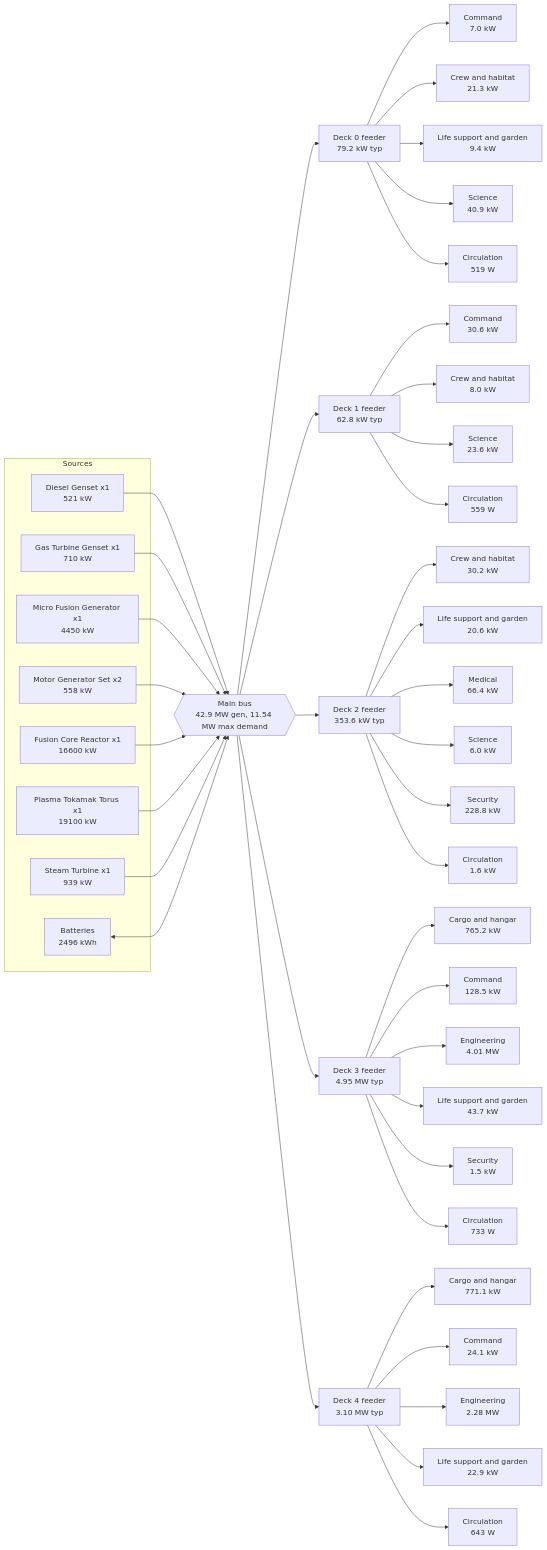
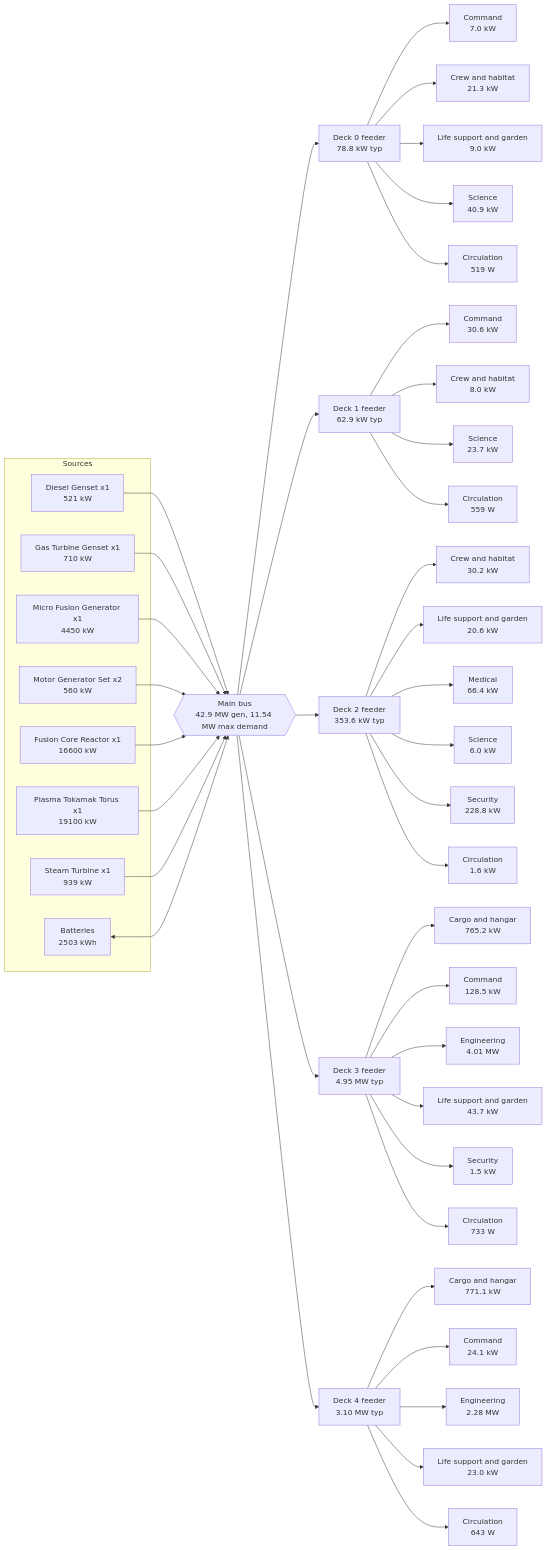
One commit to jgyy/starshipgo changed the diagram in docs/SHIP_SPEC.md. Above: the diagram before and after it, drawn with Mermaid. The commit also changed other lines of this file and 1018 other files, not shown here.

````diff
--- a/docs/SHIP_SPEC.md
+++ b/docs/SHIP_SPEC.md
@@ -229,53 +229,53 @@
 ```mermaid
 flowchart LR
     subgraph SRC[Sources]
         G0["Diesel Genset x1<br/>521 kW"]
         G1["Gas Turbine Genset x1<br/>710 kW"]
         G2["Micro Fusion Generator x1<br/>4450 kW"]
-        G3["Motor Generator Set x2<br/>558 kW"]
+        G3["Motor Generator Set x2<br/>560 kW"]
         G4["Fusion Core Reactor x1<br/>16600 kW"]
         G5["Plasma Tokamak Torus x1<br/>19100 kW"]
         G6["Steam Turbine x1<br/>939 kW"]
-        B0["Batteries<br/>2496 kWh"]
+        B0["Batteries<br/>2503 kWh"]
     end
     BUS{{"Main bus<br/>42.9 MW gen, 11.54 MW max demand"}}
     G0 --> BUS
     G1 --> BUS
     G2 --> BUS
     G3 --> BUS
     G4 --> BUS
     G5 --> BUS
     G6 --> BUS
     B0 <--> BUS
-    BUS --> D0["Deck 0 feeder<br/>79.2 kW typ"]
+    BUS --> D0["Deck 0 feeder<br/>78.8 kW typ"]
     D0 --> D0_command["Command<br/>7.0 kW"]
     D0 --> D0_crew["Crew and habitat<br/>21.3 kW"]
-    D0 --> D0_life["Life support and garden<br/>9.4 kW"]
+    D0 --> D0_life["Life support and garden<br/>9.0 kW"]
     D0 --> D0_science["Science<br/>40.9 kW"]
     D0 --> D0_transit["Circulation<br/>519 W"]
-    BUS --> D1["Deck 1 feeder<br/>62.8 kW typ"]
+    BUS --> D1["Deck 1 feeder<br/>62.9 kW typ"]
     D1 --> D1_command["Command<br/>30.6 kW"]
     D1 --> D1_crew["Crew and habitat<br/>8.0 kW"]
-    D1 --> D1_science["Science<br/>23.6 kW"]
+    D1 --> D1_science["Science<br/>23.7 kW"]
     D1 --> D1_transit["Circulation<br/>559 W"]
     BUS --> D2["Deck 2 feeder<br/>353.6 kW typ"]
     D2 --> D2_crew["Crew and habitat<br/>30.2 kW"]
     D2 --> D2_life["Life support and garden<br/>20.6 kW"]
     D2 --> D2_medical["Medical<br/>66.4 kW"]
     D2 --> D2_science["Science<br/>6.0 kW"]
     D2 --> D2_security["Security<br/>228.8 kW"]
     D2 --> D2_transit["Circulation<br/>1.6 kW"]
     BUS --> D3["Deck 3 feeder<br/>4.95 MW typ"]
     D3 --> D3_cargo["Cargo and hangar<br/>765.2 kW"]
     D3 --> D3_command["Command<br/>128.5 kW"]
     D3 --> D3_engineering["Engineering<br/>4.01 MW"]
     D3 --> D3_life["Life support and garden<br/>43.7 kW"]
     D3 --> D3_security["Security<br/>1.5 kW"]
     D3 --> D3_transit["Circulation<br/>733 W"]
     BUS --> D4["Deck 4 feeder<br/>3.10 MW typ"]
     D4 --> D4_cargo["Cargo and hangar<br/>771.1 kW"]
     D4 --> D4_command["Command<br/>24.1 kW"]
     D4 --> D4_engineering["Engineering<br/>2.28 MW"]
-    D4 --> D4_life["Life support and garden<br/>22.9 kW"]
+    D4 --> D4_life["Life support and garden<br/>23.0 kW"]
     D4 --> D4_transit["Circulation<br/>643 W"]
 ```
````
